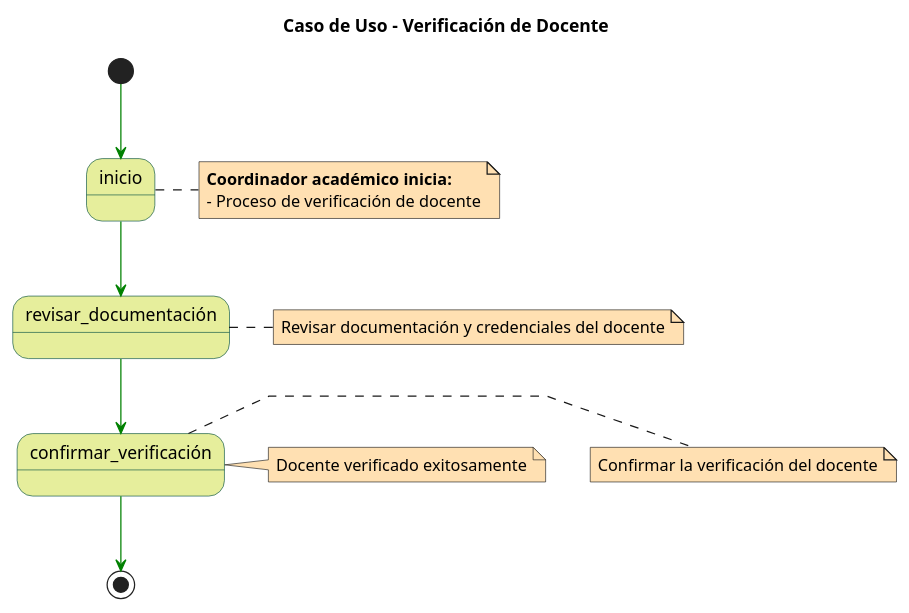
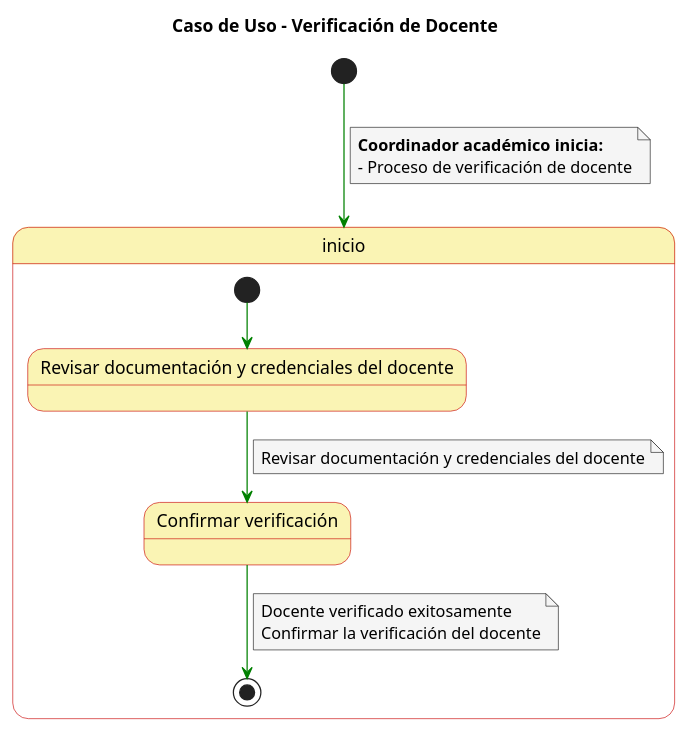
The diagram in Casos de Uso/Detalle de Verificar Docente.puml (mmasias/23-24-IdSw1-SDR), drawn with PlantUML before and after one commit. The commit also changed 41 other files, not shown here.

```diff
--- a/Casos de Uso/Detalle de Verificar Docente.puml
+++ b/Casos de Uso/Detalle de Verificar Docente.puml
@@ -1,37 +1,38 @@
 @startuml
 
 skinparam state {
-  BackgroundColor #e6ee9c
-  BorderColor #004d40
+  BackgroundColor #faf4b4
+  BorderColor #c90000
 }
 
 skinparam note {
-  BackgroundColor #ffe0b2
+  BackgroundColor #f5f5f5
 }
 
 skinparam linetype polyline
 
 title Caso de Uso - Verificación de Docente
 
 [*] -[#green]-> inicio
-note right of inicio
+note on link
   **Coordinador académico inicia:**
   - Proceso de verificación de docente
 end note
 
-inicio -[#green]-> revisar_documentación
-note right of revisar_documentación
-  Revisar documentación y credenciales del docente
-end note
-
-revisar_documentación -[#green]-> confirmar_verificación
-note right of confirmar_verificación
-  Confirmar la verificación del docente
-end note
-
-confirmar_verificación -[#green]-> [*]
-note right of confirmar_verificación
-  Docente verificado exitosamente
-end note
+state inicio {
+  state "Revisar documentación y credenciales del docente" as state1
+  state "Confirmar verificación" as state2
+  
+  [*] -[#green]-> state1
+  state1 -[#green]-> state2
+  note on link
+    Revisar documentación y credenciales del docente
+  end note
+  state2 -[#green]-> [*]
+  note on link
+    Docente verificado exitosamente
+    Confirmar la verificación del docente
+  end note
+}
 
 @enduml
```
